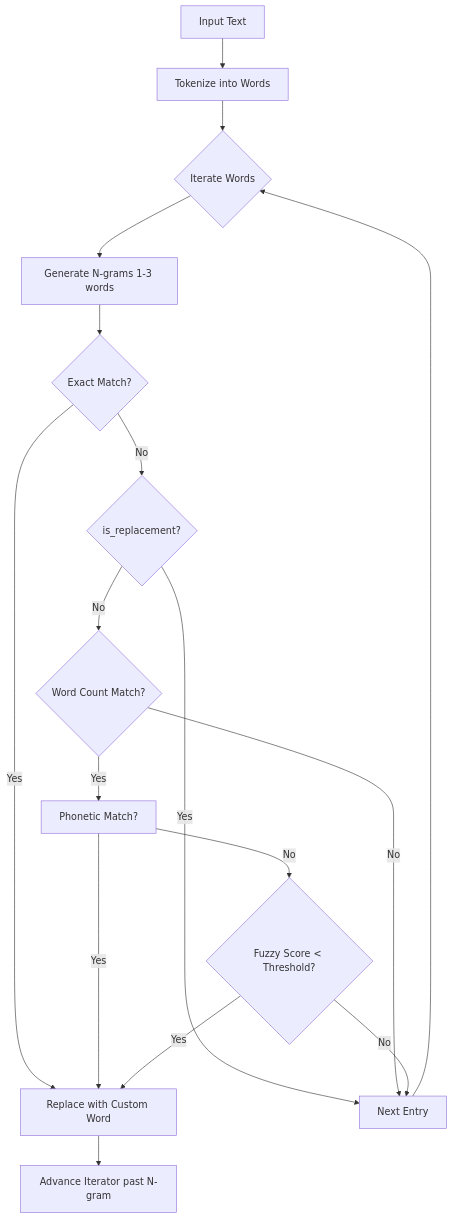
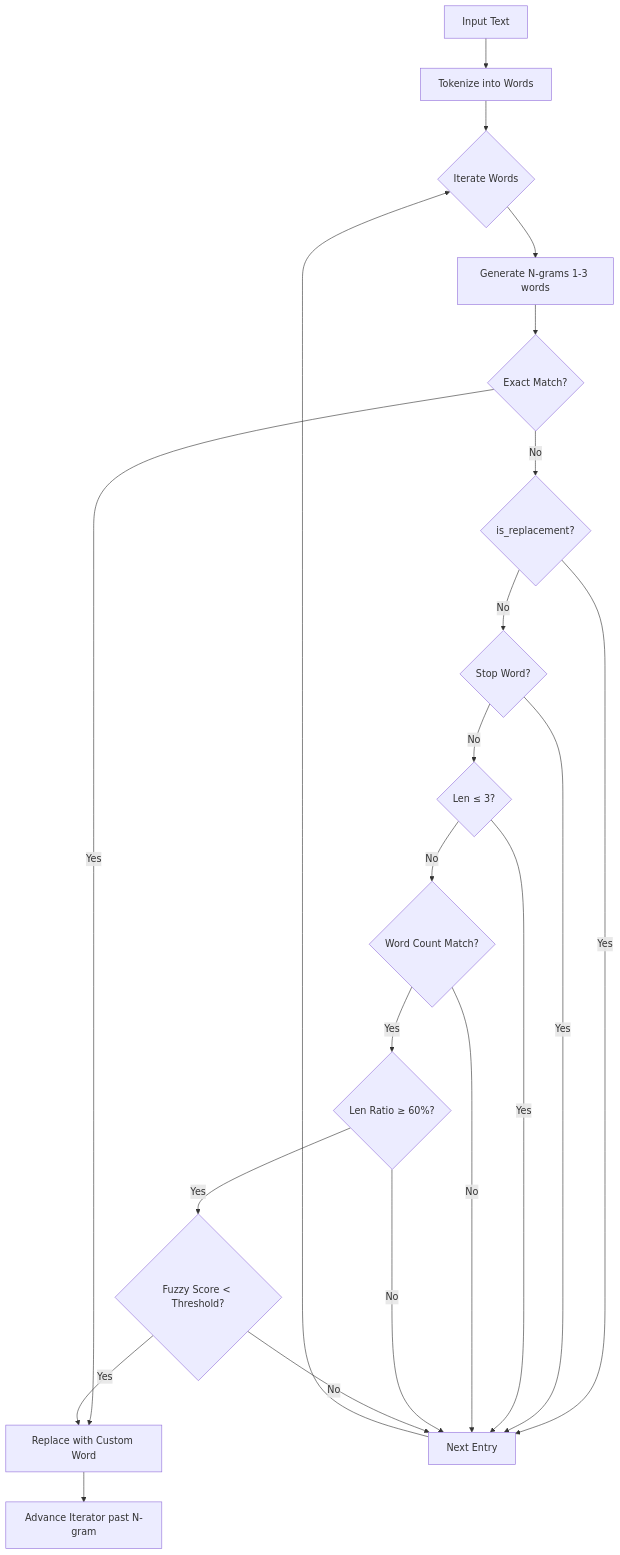
The diagram in doc/custom-word-correction.md (aidynamicsolutions/codictate), drawn with Mermaid before and after one commit. The commit also changed other lines of this file and 1 other file, not shown here.

Commit message:
fix: Mitigate fuzzy matching false positives in custom word correction with stop word, minimum length, and length ratio guards.

````diff
--- a/doc/custom-word-correction.md
+++ b/doc/custom-word-correction.md
@@ -61,19 +61,23 @@
 ```mermaid
 graph TD
     A[Input Text] --> B[Tokenize into Words]
     B --> C{Iterate Words}
     C --> D[Generate N-grams 1-3 words]
     D --> E{Exact Match?}
     E -- Yes --> F[Replace with Custom Word]
     E -- No --> G{is_replacement?}
     G -- Yes --> H[Next Entry]
-    G -- No --> I{Word Count Match?}
+    G -- No --> S{Stop Word?}
+    S -- Yes --> H
+    S -- No --> M{Len ≤ 3?}
+    M -- Yes --> H
+    M -- No --> I{Word Count Match?}
     I -- No --> H
-    I -- Yes --> J[Phonetic Match?]
-    J -- Yes --> F
-    J -- No --> K{Fuzzy Score < Threshold?}
+    I -- Yes --> R{Len Ratio ≥ 60%?}
+    R -- No --> H
+    R -- Yes --> K{Fuzzy Score < Threshold?}
     K -- Yes --> F
     K -- No --> H
     F --> L[Advance Iterator past N-gram]
     H --> C
 ```
````
